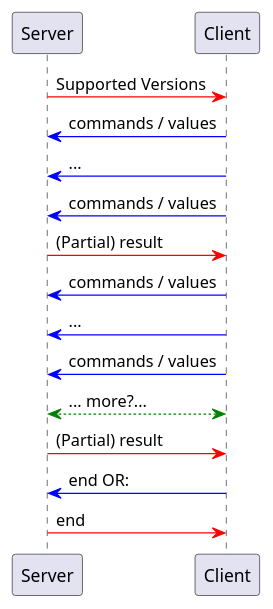
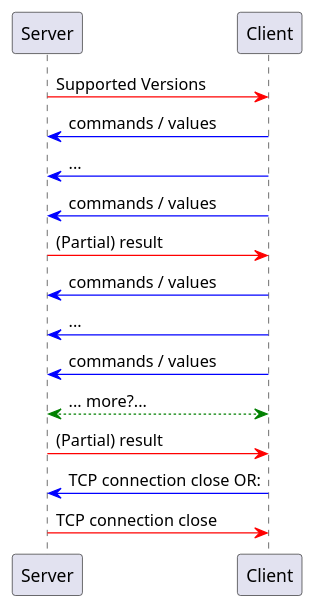
One commit to kjorand/DAI-2022-Protocol-Design-Classe-B changed the first of 2 diagrams in specs/kjorand/protocol.md. Above: the diagram before and after it, drawn with PlantUML. The commit also changed other lines of this file, not shown here.

````diff
--- a/specs/kjorand/protocol.md
+++ b/specs/kjorand/protocol.md
@@ -42,16 +50,16 @@
 ```plantuml
 @startuml
 Server -[#red]> Client : Supported Versions
 Client -[#blue]> Server : commands / values
 Client -[#blue]> Server : ...
 Client -[#blue]> Server : commands / values
 Server -[#red]> Client : (Partial) result
 Client -[#blue]> Server : commands / values
 Client -[#blue]> Server : ...
 Client -[#blue]> Server : commands / values
 Client <-[#green]-> Server : ... more?...
 Server -[#red]> Client : (Partial) result
-Client -[#blue]> Server : end OR:
-Server -[#red]> Client : end
+Client -[#blue]> Server : TCP connection close OR:
+Server -[#red]> Client : TCP connection close
 @enduml
 ```
````
